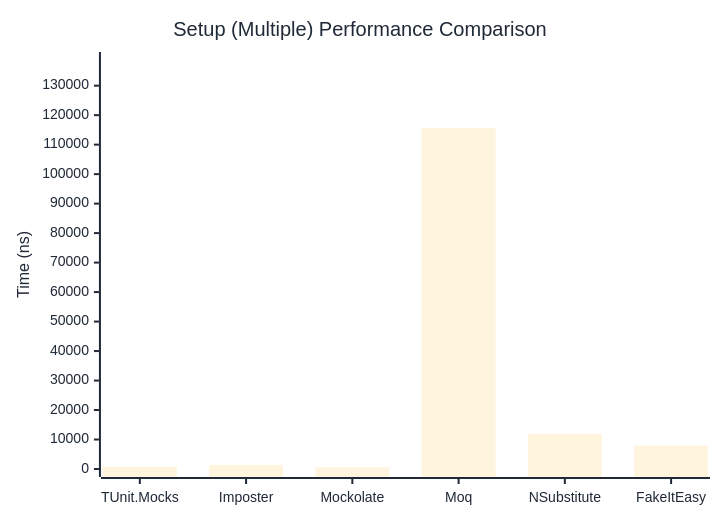
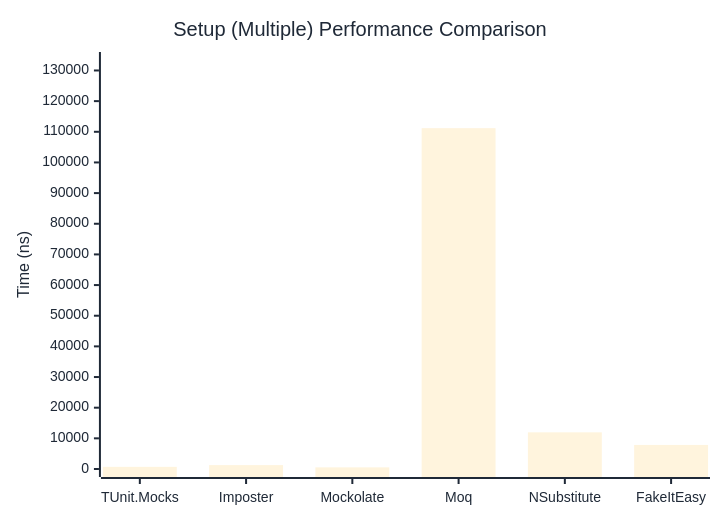
The second of 2 diagrams in docs/docs/benchmarks/mocks/Setup.md (thomhurst/TUnit), drawn with Mermaid before and after one commit. The commit also changed other lines of this file and 14 other files, not shown here.

````diff
--- a/docs/docs/benchmarks/mocks/Setup.md
+++ b/docs/docs/benchmarks/mocks/Setup.md
@@ -71,27 +71,27 @@
 ```mermaid
 %%{init: {
   'theme':'base',
   'themeVariables': {
     'primaryColor': '#2563eb',
     'primaryTextColor': '#1f2937',
     'primaryBorderColor': '#1e40af',
     'lineColor': '#6b7280',
     'secondaryColor': '#7c3aed',
     'tertiaryColor': '#dc2626',
     'background': '#ffffff',
     'pie1': '#2563eb',
     'pie2': '#7c3aed',
     'pie3': '#dc2626',
     'pie4': '#f59e0b',
     'pie5': '#10b981',
     'pie6': '#06b6d4',
     'pie7': '#ec4899',
     'pie8': '#6366f1'
   }
 }}%%
 xychart-beta
   title "Setup (Multiple) Performance Comparison"
   x-axis ["TUnit.Mocks", "Imposter", "Mockolate", "Moq", "NSubstitute", "FakeItEasy"]
-  y-axis "Time (ns)" 0 --> 138705
-  bar [774.5, 1336, 573.5, 115587.1, 11857.5, 7911.8]
+  y-axis "Time (ns)" 0 --> 133417
+  bar [704.9, 1270.2, 537.9, 111180.3, 11958.1, 7848.8]
 ```
````
